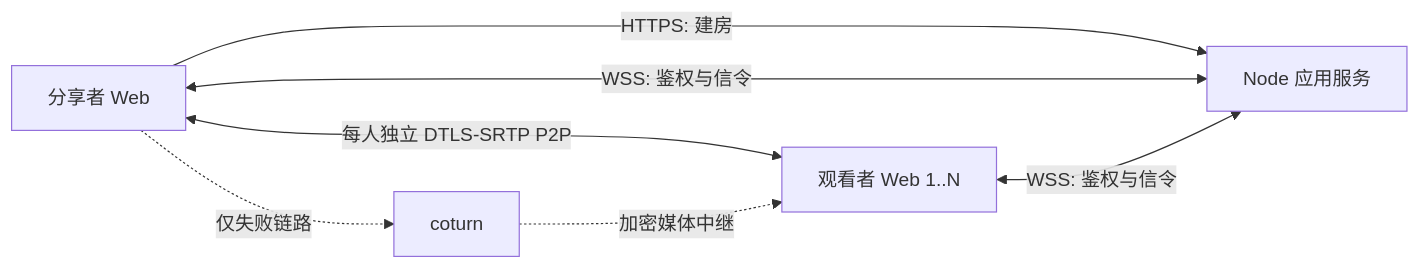
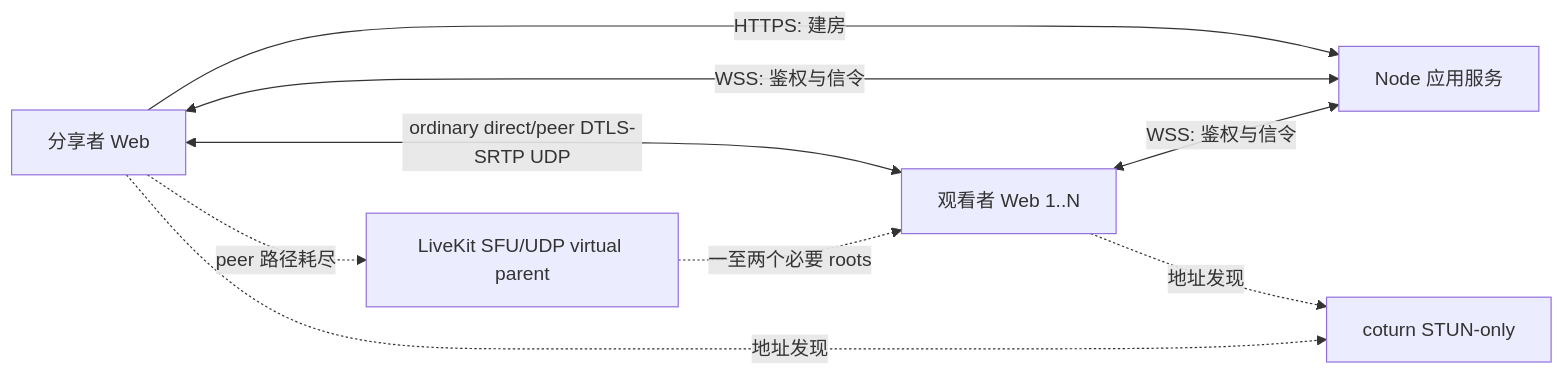
Before and after one commit to GH6324/Piik: the diagram in docs/方案设计.md, drawn with Mermaid. The commit also changed other lines of this file and 28 other files, not shown here.

````diff
--- a/docs/方案设计.md
+++ b/docs/方案设计.md
@@ -41,9 +41,11 @@
 ```mermaid
 flowchart LR
     H[分享者 Web] -->|HTTPS: 建房| A[Node 应用服务]
     H <-->|WSS: 鉴权与信令| A
     V[观看者 Web 1..N] <-->|WSS: 鉴权与信令| A
-    H <-->|每人独立 DTLS-SRTP P2P| V
-    H -.仅失败链路.-> T[coturn]
-    T -.加密媒体中继.-> V
+    H <-->|ordinary direct/peer DTLS-SRTP UDP| V
+    H -.peer 路径耗尽.-> S[LiveKit SFU/UDP virtual parent]
+    S -.一至两个必要 roots.-> V
+    H -.地址发现.-> T[coturn STUN-only]
+    V -.地址发现.-> T
 ```
````
